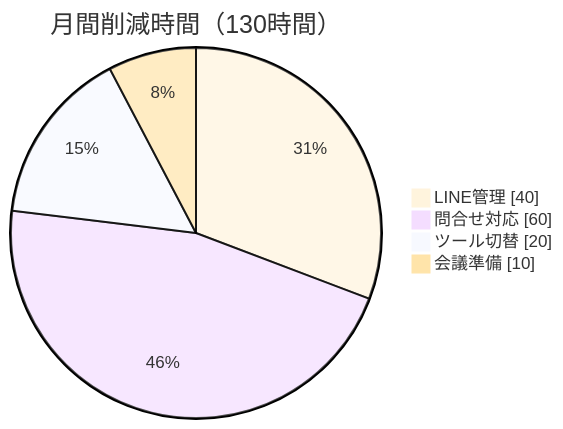
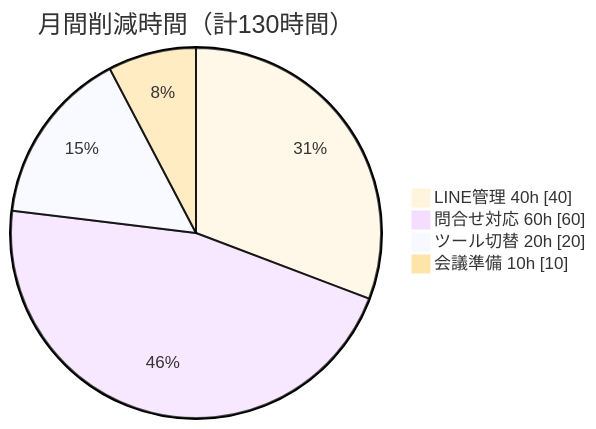
One commit to PLark-droid/lark-proposal changed the tenth of 15 diagrams in docs/FITPLACE_LARK_PROPOSAL.md. Above: the diagram before and after it, drawn with Mermaid. The commit also changed other lines of this file, not shown here.

First line of the commit message:
docs: redesign Mermaid diagrams for A4 portrait layout

````diff
--- a/docs/FITPLACE_LARK_PROPOSAL.md
+++ b/docs/FITPLACE_LARK_PROPOSAL.md
@@ -365,9 +383,9 @@
 ```mermaid
-%%{init: {'theme': 'base', 'themeVariables': { 'fontSize': '14px'}}}%%
+%%{init: {'theme': 'base', 'themeVariables': {'fontSize': '14px'}}}%%
 pie showData
-    title 月間削減時間（130時間）
-    "LINE管理" : 40
-    "問合せ対応" : 60
-    "ツール切替" : 20
-    "会議準備" : 10
+    title 月間削減時間（計130時間）
+    "LINE管理 40h" : 40
+    "問合せ対応 60h" : 60
+    "ツール切替 20h" : 20
+    "会議準備 10h" : 10
 ```
````
